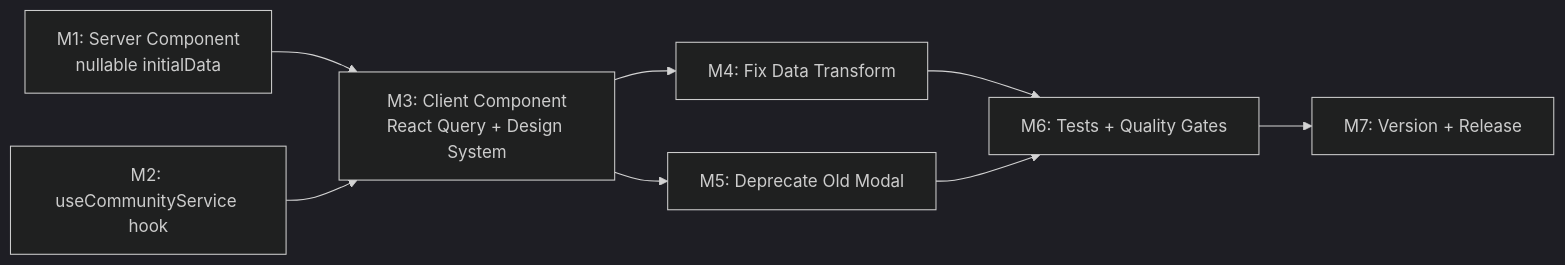
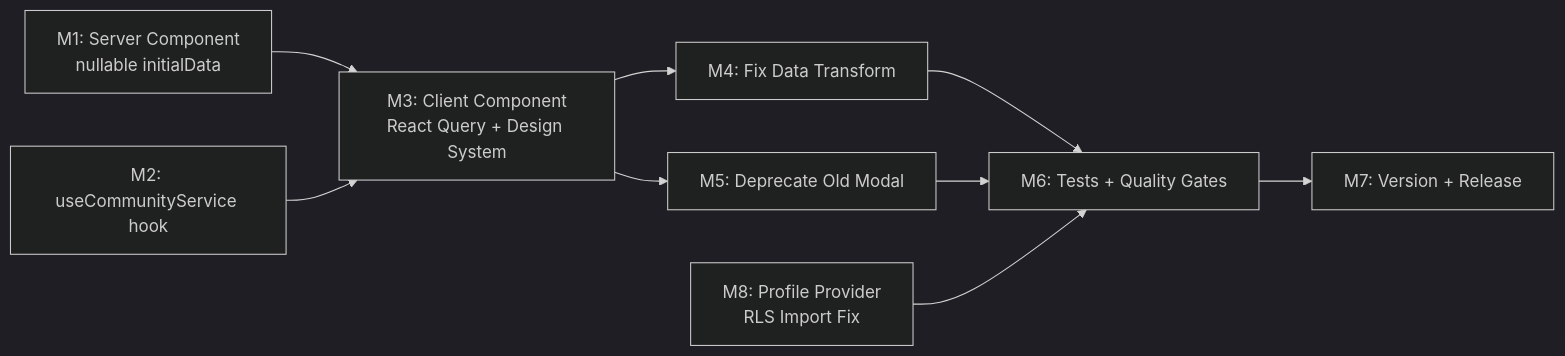
One commit to abu-lina/uflow changed the diagram in agent-output/planning/082-community-service-detail-parity-plan.md. Above: the diagram before and after it, drawn with Mermaid (dark theme). The commit also changed other lines of this file and 19 other files, not shown here.

````diff
--- a/agent-output/planning/082-community-service-detail-parity-plan.md
+++ b/agent-output/planning/082-community-service-detail-parity-plan.md
@@ -188,10 +209,11 @@
 ```mermaid
 graph LR
     M1[M1: Server Component<br>nullable initialData] --> M3[M3: Client Component<br>React Query + Design System]
     M2[M2: useCommunityService hook] --> M3
     M3 --> M4[M4: Fix Data Transform]
     M3 --> M5[M5: Deprecate Old Modal]
     M4 --> M6[M6: Tests + Quality Gates]
     M5 --> M6
+    M8[M8: Profile Provider<br>RLS Import Fix] --> M6
     M6 --> M7[M7: Version + Release]
 ```
````
